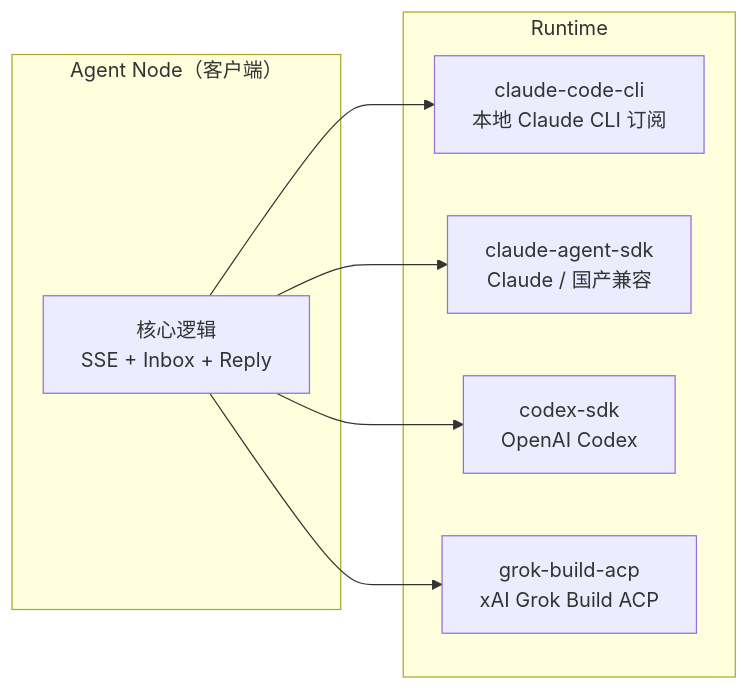
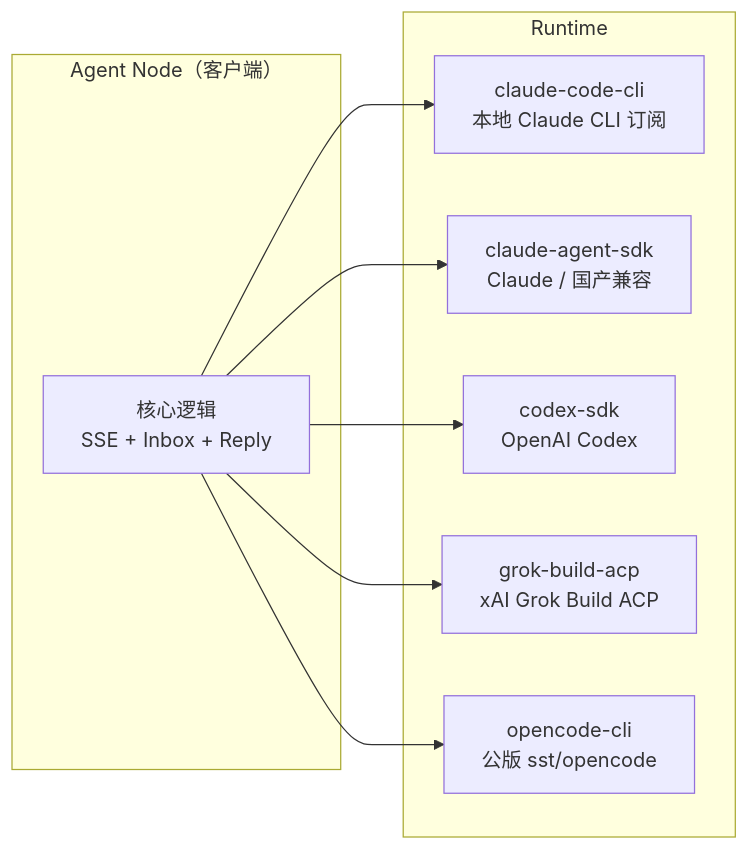
The fifth of 8 diagrams in docs-site/docs/guide/architecture.md (sleep2agi/agent-network), drawn with Mermaid before and after one commit. The commit also changed other lines of this file and 1 other file, not shown here.

First line of the commit message:
docs(architecture): add opencode-cli to the runtime + MCP-path section

````diff
--- a/docs-site/docs/guide/architecture.md
+++ b/docs-site/docs/guide/architecture.md
@@ -326,18 +326,20 @@
 ```mermaid
 graph LR
     subgraph "Agent Node（客户端）"
         CORE[核心逻辑<br/>SSE + Inbox + Reply]
     end
 
     subgraph "Runtime"
         R0[claude-code-cli<br/>本地 Claude CLI 订阅]
         R1[claude-agent-sdk<br/>Claude / 国产兼容]
         R2[codex-sdk<br/>OpenAI Codex]
         R3[grok-build-acp<br/>xAI Grok Build ACP]
+        R4[opencode-cli<br/>公版 sst/opencode]
     end
 
     CORE --> R0
     CORE --> R1
     CORE --> R2
     CORE --> R3
+    CORE --> R4
 ```
````
